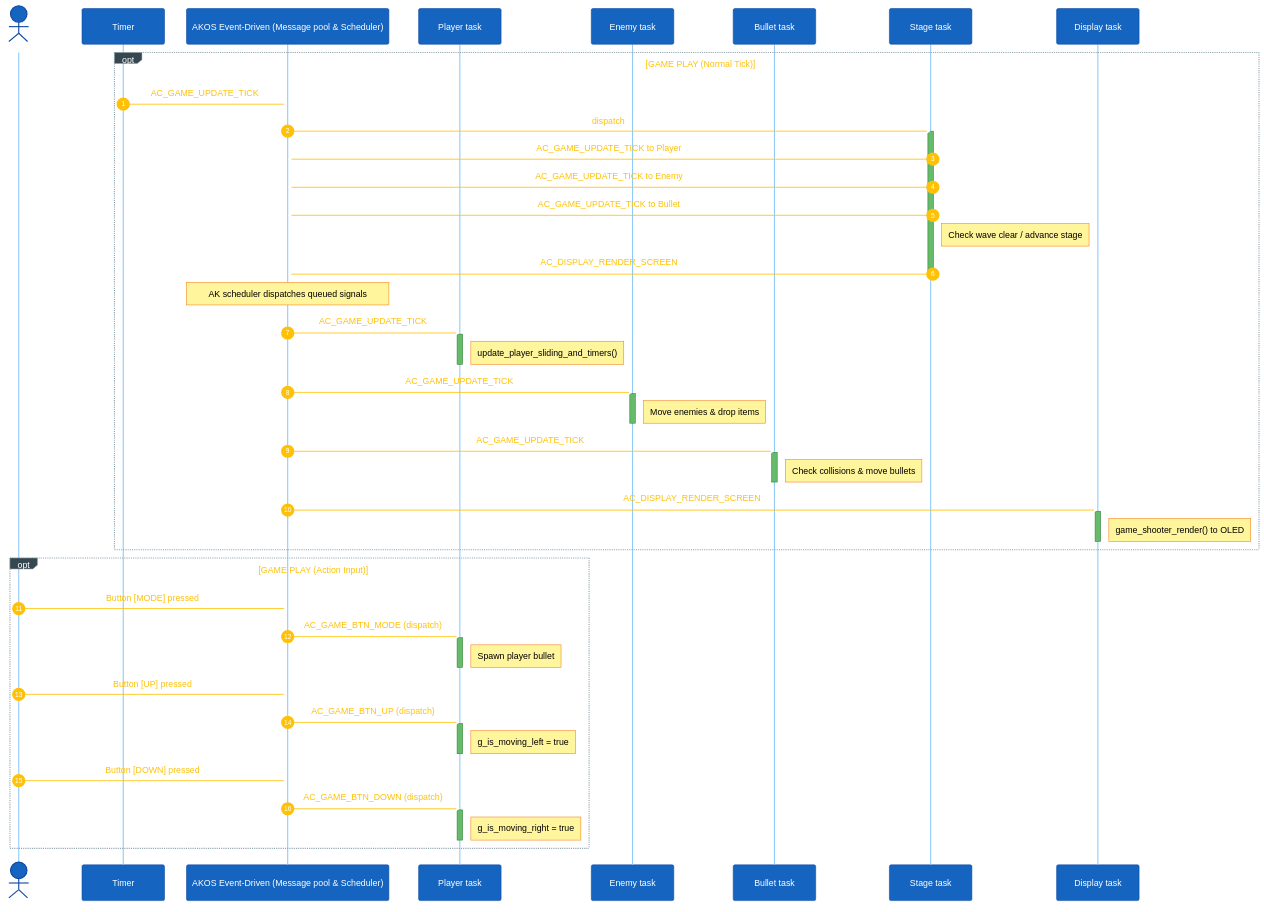
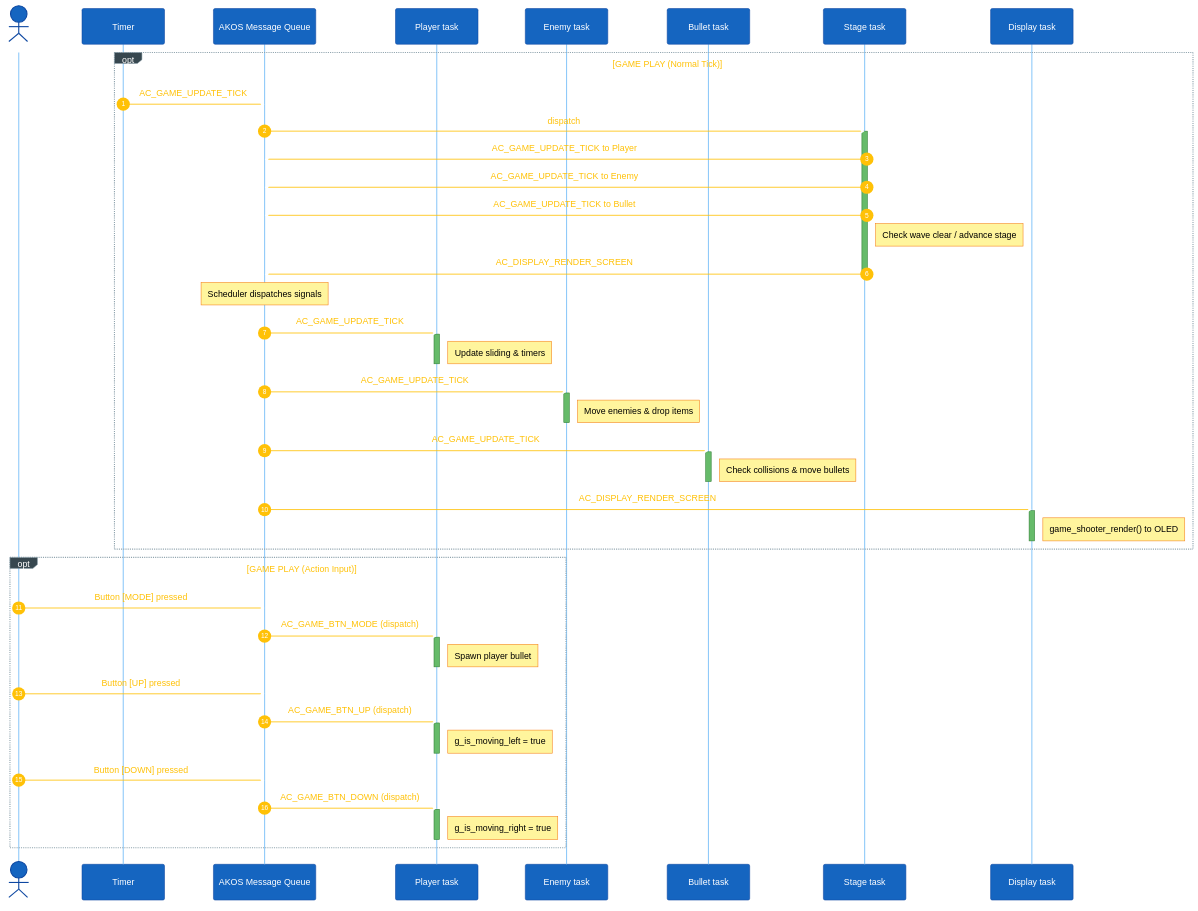
Before and after one commit to Khang123699/space_shooter_game: the second of 3 diagrams in README.md, drawn with Mermaid. The commit also changed other lines of this file, not shown here.

Commit message:
[UPDATE] Update README

````diff
--- a/README.md
+++ b/README.md
@@ -210,67 +210,67 @@
 ```mermaid
 %%{init: {'theme':'base','themeVariables':{'fontSize':'18px','primaryColor':'#1565c0','primaryTextColor':'#ffffff','primaryBorderColor':'#0d47a1','lineColor':'#90a4ae','signalColor':'#ffc107','signalTextColor':'#ffc107','actorBkg':'#1565c0','actorBorder':'#0d47a1','actorTextColor':'#ffffff','actorLineColor':'#90caf9','noteBkgColor':'#fff59d','noteTextColor':'#000000','noteBorderColor':'#f57f17','activationBkgColor':'#66bb6a','activationBorderColor':'#2e7d32','sequenceNumberColor':'#ffffff','loopTextColor':'#ffc107','labelBoxBkgColor':'#37474f','labelBoxBorderColor':'#90a4ae','labelTextColor':'#ffffff'},'sequence':{'actorMargin':40,'messageFontSize':17,'noteFontSize':15,'actorFontSize':17,'boxMargin':15,'boxTextMargin':8,'noteMargin':12,'useMaxWidth':true}}}%%
 sequenceDiagram
     autonumber
     actor Btn as Button
     participant Tmr as Timer
-    participant Q as AKOS Event-Driven (Message pool & Scheduler)
+    participant Q as AKOS Message Queue
     participant Plr as Player task
     participant Enm as Enemy task
     participant Bul as Bullet task
     participant Stg as Stage task
     participant UI as Display task
 
     opt GAME PLAY (Normal Tick)
         Tmr-)Q: AC_GAME_UPDATE_TICK
         Q-)Stg: dispatch
         activate Stg
         Stg-)Q: AC_GAME_UPDATE_TICK to Player
         Stg-)Q: AC_GAME_UPDATE_TICK to Enemy
         Stg-)Q: AC_GAME_UPDATE_TICK to Bullet
         Note right of Stg: Check wave clear / advance stage
         Stg-)Q: AC_DISPLAY_RENDER_SCREEN
         deactivate Stg
 
-        Note over Q: AK scheduler dispatches queued signals
+        Note over Q: Scheduler dispatches signals
 
         Q-)Plr: AC_GAME_UPDATE_TICK
         activate Plr
-        Note right of Plr: update_player_sliding_and_timers()
+        Note right of Plr: Update sliding & timers
         deactivate Plr
 
         Q-)Enm: AC_GAME_UPDATE_TICK
         activate Enm
         Note right of Enm: Move enemies & drop items
         deactivate Enm
 
         Q-)Bul: AC_GAME_UPDATE_TICK
         activate Bul
         Note right of Bul: Check collisions & move bullets
         deactivate Bul
 
         Q-)UI: AC_DISPLAY_RENDER_SCREEN
         activate UI
         Note right of UI: game_shooter_render() to OLED
         deactivate UI
     end
 
     opt GAME PLAY (Action Input)
         Btn-)Q: Button [MODE] pressed
         Q-)Plr: AC_GAME_BTN_MODE (dispatch)
         activate Plr
         Note right of Plr: Spawn player bullet
         deactivate Plr
         
         Btn-)Q: Button [UP] pressed
         Q-)Plr: AC_GAME_BTN_UP (dispatch)
         activate Plr
         Note right of Plr: g_is_moving_left = true
         deactivate Plr
 
         Btn-)Q: Button [DOWN] pressed
         Q-)Plr: AC_GAME_BTN_DOWN (dispatch)
         activate Plr
         Note right of Plr: g_is_moving_right = true
         deactivate Plr
     end
 ```
````
